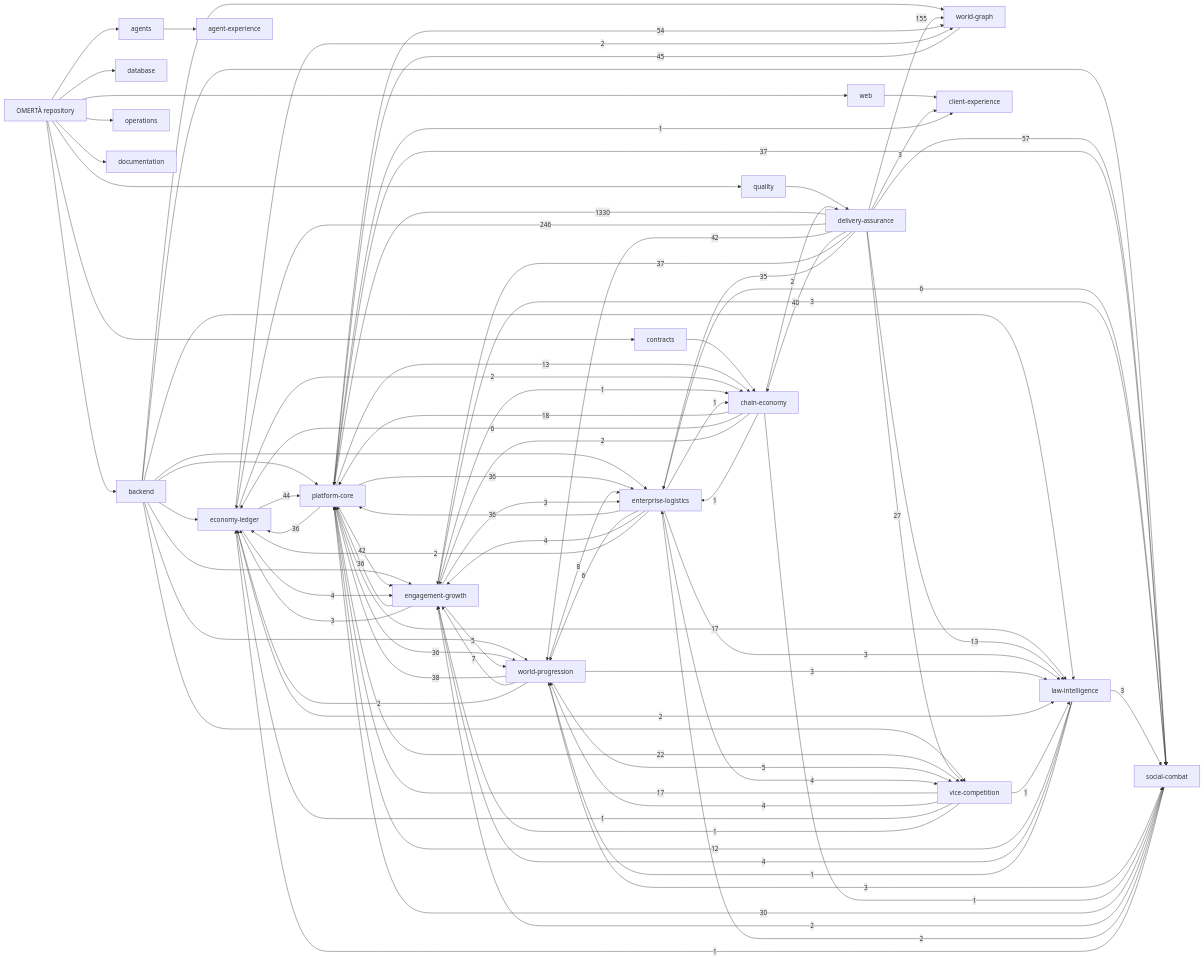
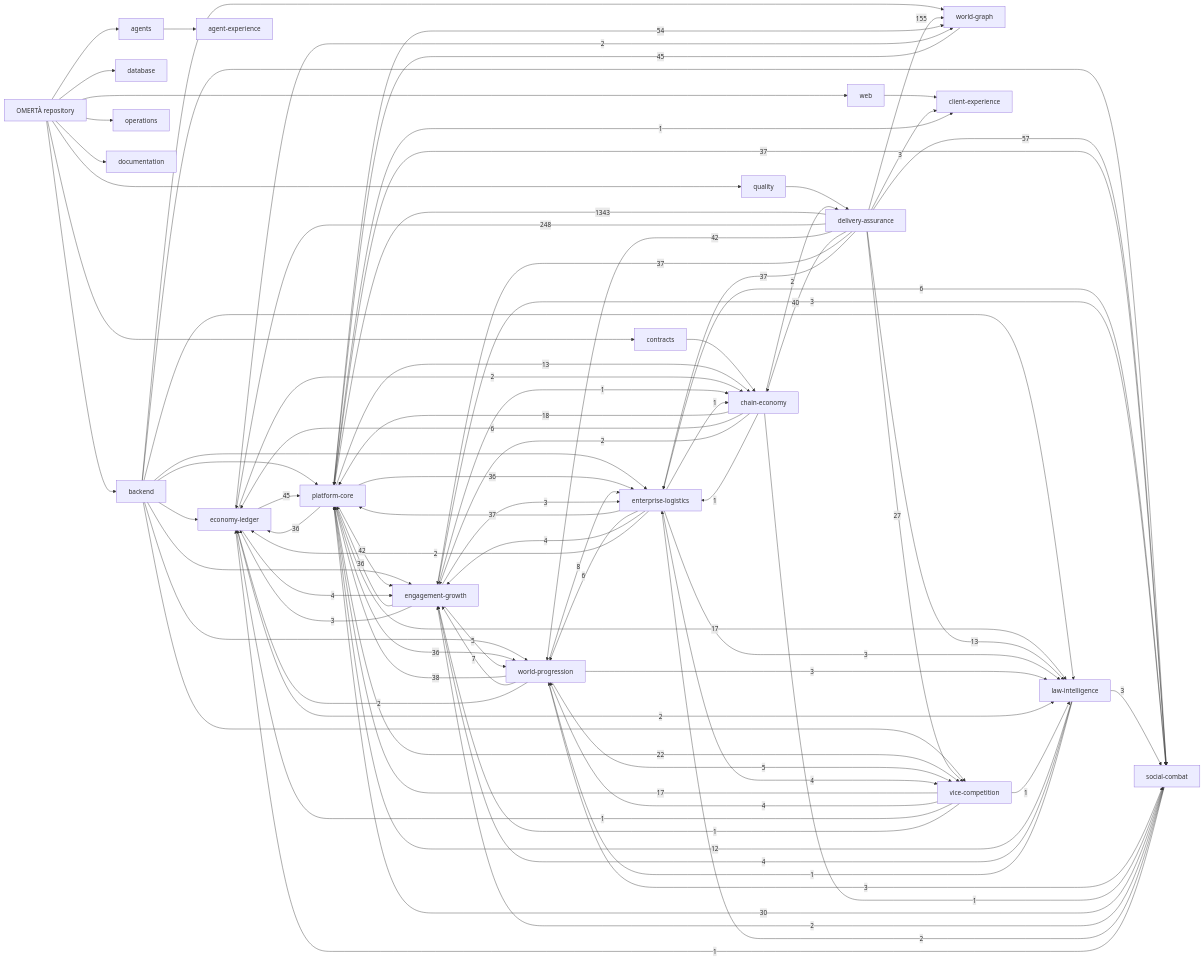
One commit to OmertaDev/Omerta changed the diagram in knowledge/generated/graph.mmd. Above: the diagram before and after it, drawn with Mermaid. The commit also changed 8 other files, not shown here.

```diff
--- a/knowledge/generated/graph.mmd
+++ b/knowledge/generated/graph.mmd
@@ -1,111 +1,111 @@
 flowchart LR
   repo["OMERTÀ repository"]
   sub_backend["backend"]
   repo --> sub_backend
   sub_database["database"]
   repo --> sub_database
   sub_web["web"]
   repo --> sub_web
   sub_contracts["contracts"]
   repo --> sub_contracts
   sub_agents["agents"]
   repo --> sub_agents
   sub_quality["quality"]
   repo --> sub_quality
   sub_operations["operations"]
   repo --> sub_operations
   sub_documentation["documentation"]
   repo --> sub_documentation
   dom_platform-core["platform-core"]
   dom_economy-ledger["economy-ledger"]
   dom_social-combat["social-combat"]
   dom_world-progression["world-progression"]
   dom_world-graph["world-graph"]
   dom_enterprise-logistics["enterprise-logistics"]
   dom_vice-competition["vice-competition"]
   dom_law-intelligence["law-intelligence"]
   dom_chain-economy["chain-economy"]
   dom_engagement-growth["engagement-growth"]
   dom_client-experience["client-experience"]
   dom_agent-experience["agent-experience"]
   dom_delivery-assurance["delivery-assurance"]
   sub_agents --> dom_agent-experience
   sub_backend --> dom_economy-ledger
   sub_backend --> dom_engagement-growth
   sub_backend --> dom_enterprise-logistics
   sub_backend --> dom_law-intelligence
   sub_backend --> dom_platform-core
   sub_backend --> dom_social-combat
   sub_backend --> dom_vice-competition
   sub_backend --> dom_world-graph
   sub_backend --> dom_world-progression
   sub_contracts --> dom_chain-economy
   sub_quality --> dom_delivery-assurance
   sub_web --> dom_client-experience
-  dom_delivery-assurance -->|1330| dom_platform-core
-  dom_delivery-assurance -->|246| dom_economy-ledger
+  dom_delivery-assurance -->|1343| dom_platform-core
+  dom_delivery-assurance -->|248| dom_economy-ledger
   dom_delivery-assurance -->|155| dom_world-graph
   dom_delivery-assurance -->|57| dom_social-combat
   dom_platform-core -->|54| dom_world-graph
+  dom_economy-ledger -->|45| dom_platform-core
   dom_world-graph -->|45| dom_platform-core
-  dom_economy-ledger -->|44| dom_platform-core
   dom_delivery-assurance -->|42| dom_world-progression
   dom_platform-core -->|42| dom_engagement-growth
   dom_delivery-assurance -->|40| dom_chain-economy
   dom_world-progression -->|38| dom_platform-core
   dom_delivery-assurance -->|37| dom_engagement-growth
+  dom_delivery-assurance -->|37| dom_enterprise-logistics
+  dom_enterprise-logistics -->|37| dom_platform-core
   dom_platform-core -->|37| dom_social-combat
   dom_engagement-growth -->|36| dom_platform-core
-  dom_enterprise-logistics -->|36| dom_platform-core
   dom_platform-core -->|36| dom_economy-ledger
   dom_platform-core -->|36| dom_enterprise-logistics
   dom_platform-core -->|36| dom_world-progression
-  dom_delivery-assurance -->|35| dom_enterprise-logistics
   dom_social-combat -->|30| dom_platform-core
   dom_delivery-assurance -->|27| dom_vice-competition
   dom_platform-core -->|22| dom_vice-competition
   dom_chain-economy -->|18| dom_platform-core
   dom_platform-core -->|17| dom_law-intelligence
   dom_vice-competition -->|17| dom_platform-core
   dom_delivery-assurance -->|13| dom_law-intelligence
   dom_platform-core -->|13| dom_chain-economy
   dom_law-intelligence -->|12| dom_platform-core
   dom_world-progression -->|8| dom_enterprise-logistics
   dom_world-progression -->|7| dom_engagement-growth
   dom_chain-economy -->|6| dom_economy-ledger
   dom_enterprise-logistics -->|6| dom_social-combat
   dom_enterprise-logistics -->|6| dom_world-progression
   dom_engagement-growth -->|5| dom_world-progression
   dom_world-progression -->|5| dom_vice-competition
   dom_economy-ledger -->|4| dom_engagement-growth
   dom_enterprise-logistics -->|4| dom_engagement-growth
   dom_enterprise-logistics -->|4| dom_vice-competition
   dom_law-intelligence -->|4| dom_engagement-growth
   dom_vice-competition -->|4| dom_world-progression
   dom_delivery-assurance -->|3| dom_client-experience
   dom_engagement-growth -->|3| dom_economy-ledger
   dom_engagement-growth -->|3| dom_enterprise-logistics
   dom_engagement-growth -->|3| dom_social-combat
   dom_enterprise-logistics -->|3| dom_law-intelligence
   dom_law-intelligence -->|3| dom_social-combat
   dom_world-progression -->|3| dom_law-intelligence
   dom_world-progression -->|3| dom_social-combat
   dom_chain-economy -->|2| dom_delivery-assurance
   dom_chain-economy -->|2| dom_engagement-growth
   dom_economy-ledger -->|2| dom_chain-economy
   dom_economy-ledger -->|2| dom_law-intelligence
   dom_economy-ledger -->|2| dom_world-graph
   dom_enterprise-logistics -->|2| dom_economy-ledger
   dom_social-combat -->|2| dom_engagement-growth
   dom_social-combat -->|2| dom_enterprise-logistics
   dom_world-progression -->|2| dom_economy-ledger
   dom_chain-economy -->|1| dom_enterprise-logistics
   dom_chain-economy -->|1| dom_social-combat
   dom_engagement-growth -->|1| dom_chain-economy
   dom_enterprise-logistics -->|1| dom_chain-economy
   dom_law-intelligence -->|1| dom_world-progression
   dom_platform-core -->|1| dom_client-experience
   dom_social-combat -->|1| dom_economy-ledger
   dom_vice-competition -->|1| dom_economy-ledger
   dom_vice-competition -->|1| dom_engagement-growth
   dom_vice-competition -->|1| dom_law-intelligence
```
